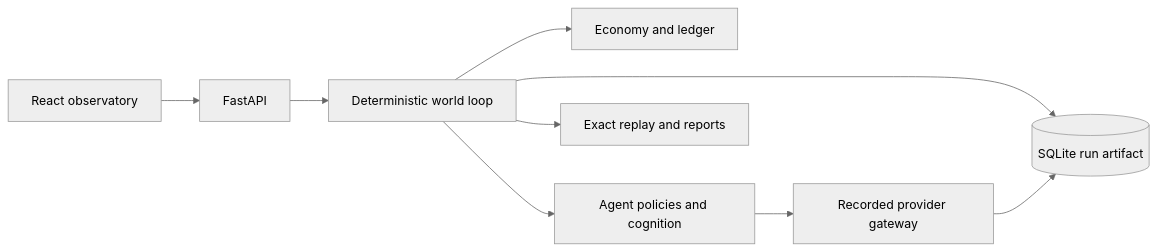
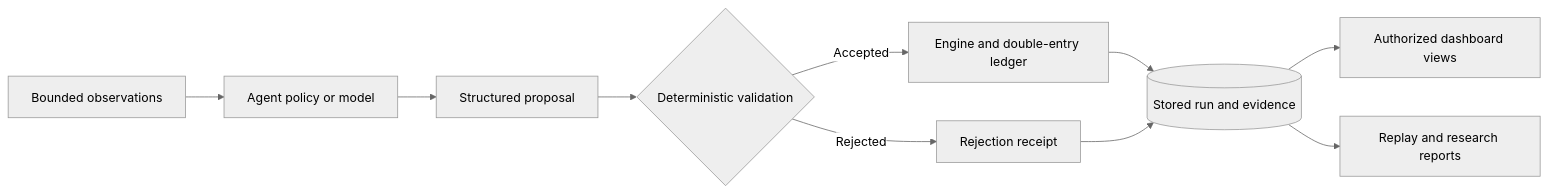
The second of 2 diagrams in README.md (alinojoumi8/agent-economy), drawn with Mermaid (neutral theme) before and after one commit. The commit also changed other lines of this file and 3 other files, not shown here.

First line of the commit message:
docs(readme): present Agent Economy with city artwork and examples

````diff
--- a/README.md
+++ b/README.md
@@ -106,11 +159,12 @@
 ```mermaid
 flowchart LR
-    UI[React observatory] --> API[FastAPI]
-    API --> WORLD[Deterministic world loop]
-    WORLD --> ENGINE[Economy and ledger]
-    WORLD --> AGENTS[Agent policies and cognition]
-    AGENTS --> GATEWAY[Recorded provider gateway]
-    WORLD --> DB[(SQLite run artifact)]
-    GATEWAY --> DB
-    WORLD --> REPLAY[Exact replay and reports]
+    O[Bounded observations] --> A[Agent policy or model]
+    A --> P[Structured proposal]
+    P --> V{Deterministic validation}
+    V -->|Accepted| E[Engine and double-entry ledger]
+    V -->|Rejected| R[Rejection receipt]
+    E --> S[(Stored run and evidence)]
+    R --> S
+    S --> D[Authorized dashboard views]
+    S --> X[Replay and research reports]
 ```
````
